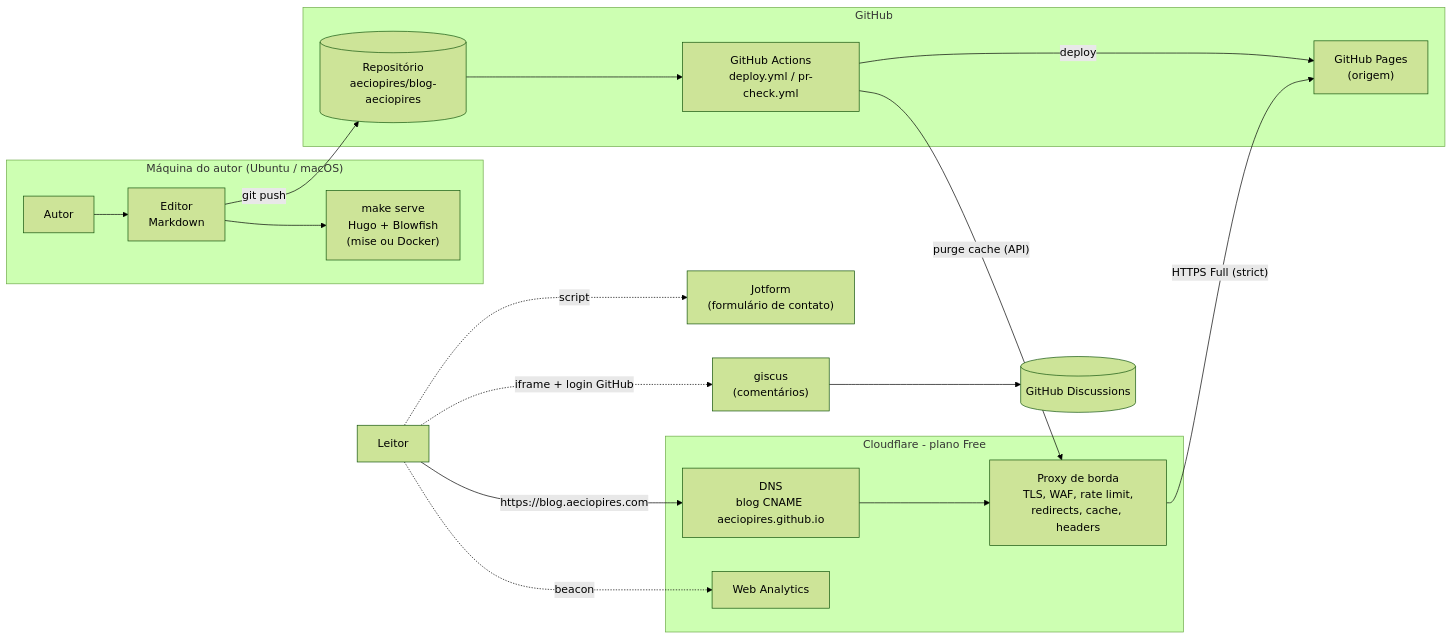
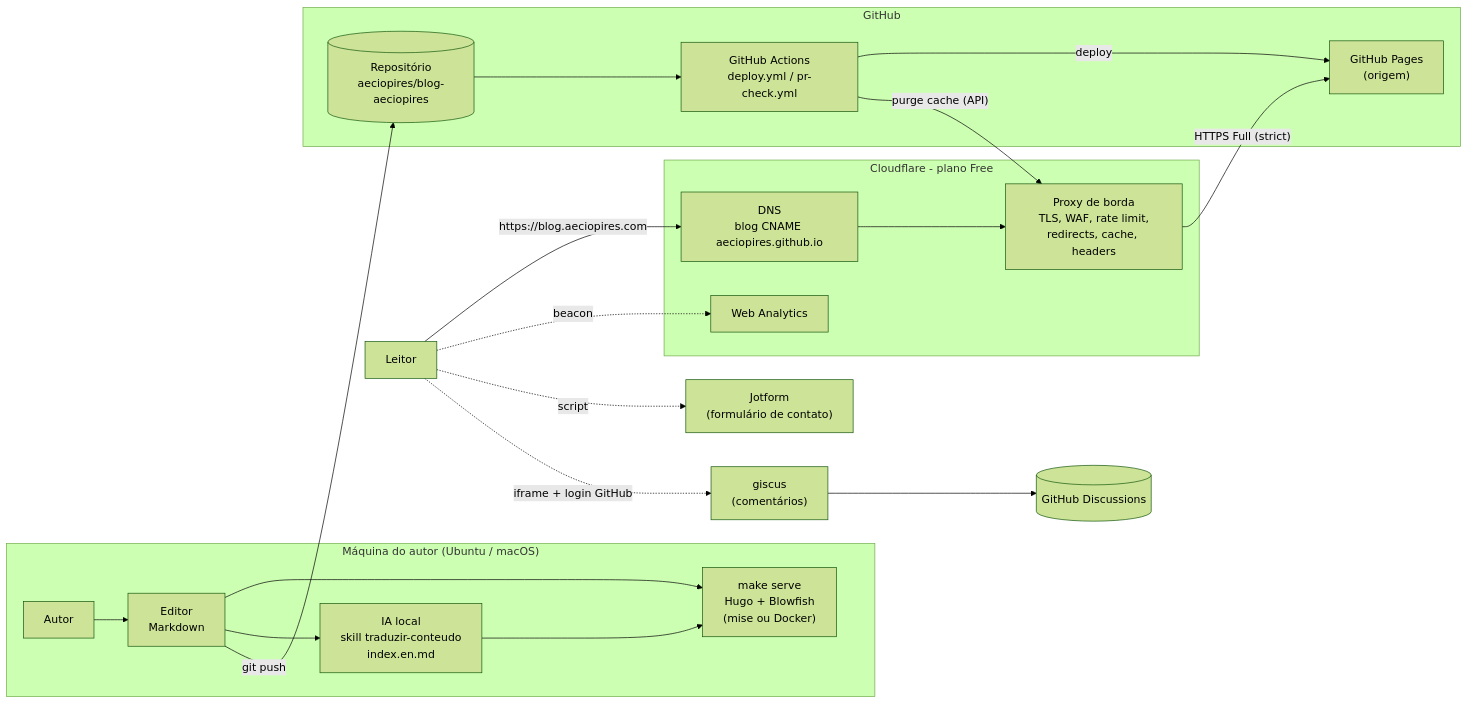
One commit to aeciopires/blog-aeciopires changed the first of 5 diagrams in docs/ARCHITECTURE.md. Above: the diagram before and after it, drawn with Mermaid (forest theme). The commit also changed other lines of this file and 222 other files, not shown here.

````diff
--- a/docs/ARCHITECTURE.md
+++ b/docs/ARCHITECTURE.md
@@ -9,32 +11,34 @@
 ```mermaid
 flowchart LR
   subgraph DEV["Máquina do autor (Ubuntu / macOS)"]
     A["Autor"] --> E["Editor<br/>Markdown"]
     E --> L["make serve<br/>Hugo + Blowfish<br/>(mise ou Docker)"]
+    E --> TR["IA local<br/>skill traduzir-conteudo<br/>index.en.md"]
+    TR --> L
   end
   subgraph GH["GitHub"]
     R[("Repositório<br/>aeciopires/blog-aeciopires")]
     CI["GitHub Actions<br/>deploy.yml / pr-check.yml"]
     P["GitHub Pages<br/>(origem)"]
   end
   subgraph CF["Cloudflare - plano Free"]
     DNS["DNS<br/>blog CNAME aeciopires.github.io"]
     EDGE["Proxy de borda<br/>TLS, WAF, rate limit,<br/>redirects, cache, headers"]
     WA["Web Analytics"]
   end
   JF["Jotform<br/>(formulário de contato)"]
   GS["giscus<br/>(comentários)"]
   DI[("GitHub Discussions")]
   U["Leitor"]
   E -- "git push" --> R
   R --> CI
   CI -- "deploy" --> P
   CI -- "purge cache (API)" --> EDGE
   U -- "https://blog.aeciopires.com" --> DNS
   DNS --> EDGE
   EDGE -- "HTTPS Full (strict)" --> P
   U -. "beacon" .-> WA
   U -. "script" .-> JF
   U -. "iframe + login GitHub" .-> GS
   GS --> DI
 ```
````
